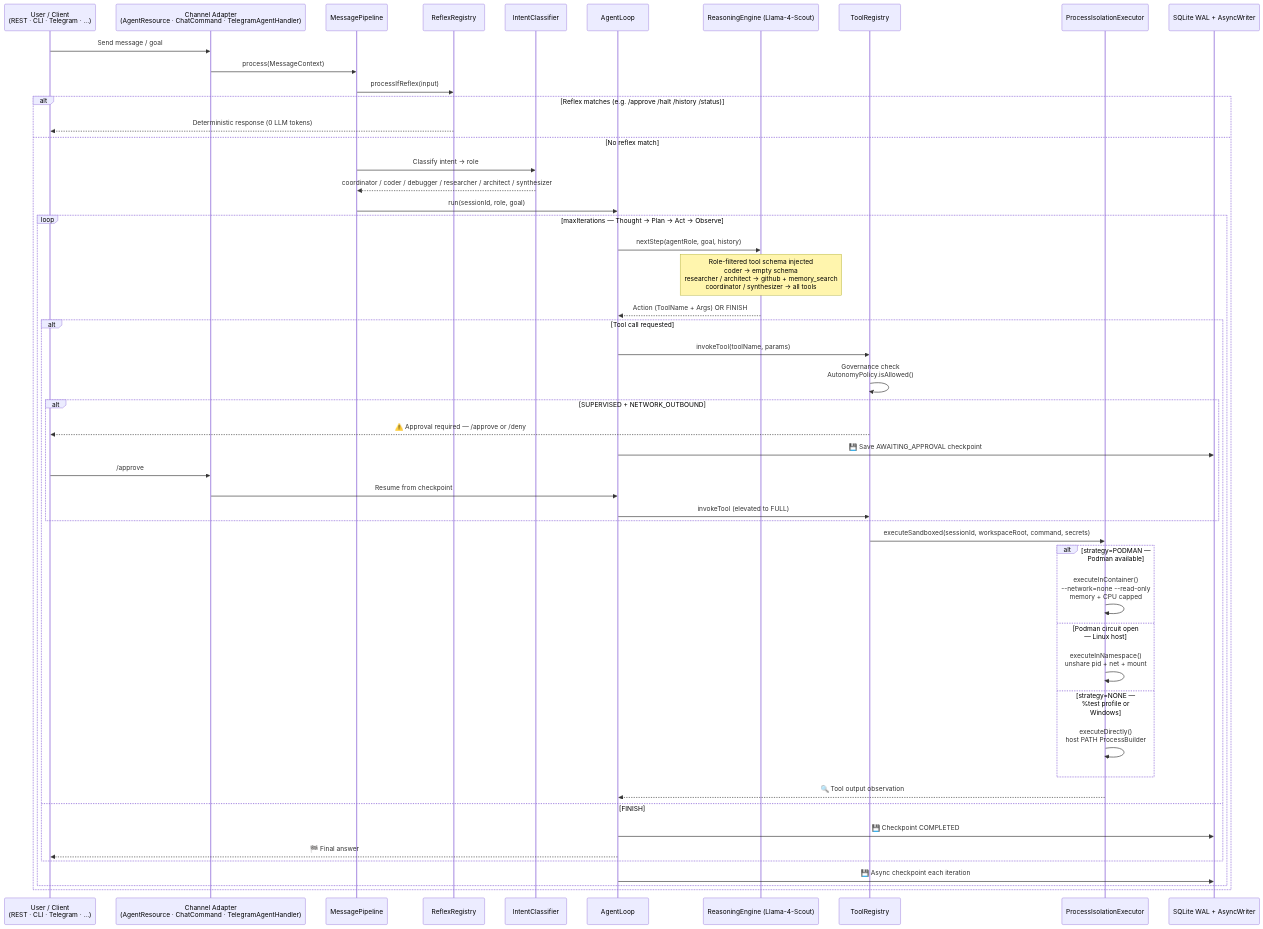
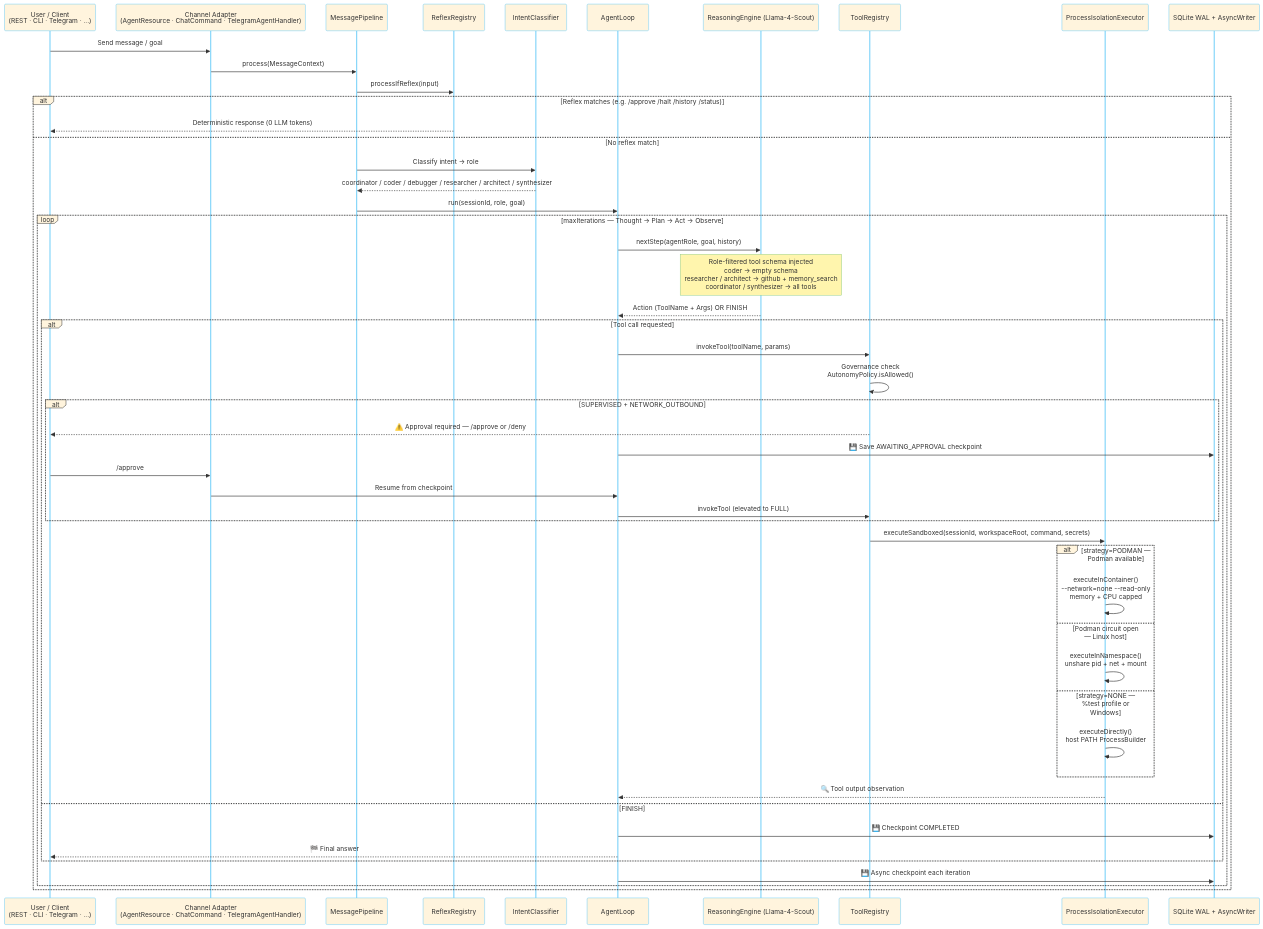
The third of 8 diagrams in README.md (rsrini7/AmshaAgent), drawn with Mermaid before and after one commit. The commit also changed other lines of this file, not shown here.

Commit message:
docs: simplify mermaid diagram theme variable definitions

````diff
--- a/README.md
+++ b/README.md
@@ -235,61 +228,62 @@
 ```mermaid
+%%{init: {'theme': 'base', 'themeVariables': {'primaryBorderColor': '#4fc3f7', 'lineColor': '#4fc3f7', 'activationBorderColor': '#4fc3f7', 'actorBorder': '#4fc3f7', 'actorLineColor': '#4fc3f7','labelBoxBorderColor': '#0b0c0cff', 'noteBorderColor': '#81c784', 'fontSize': '13px'}}}%%
 sequenceDiagram
     participant U as User / Client<br/>(REST · CLI · Telegram · ...)
     participant CH as Channel Adapter<br/>(AgentResource · ChatCommand · TelegramAgentHandler)
     participant PP as MessagePipeline
     participant RR as ReflexRegistry
     participant IC as IntentClassifier
     participant AL as AgentLoop
     participant LLM as ReasoningEngine (Llama-4-Scout)
     participant TR as ToolRegistry
     participant PIE as ProcessIsolationExecutor
     participant DB as SQLite WAL + AsyncWriter
 
     U->>CH: Send message / goal
     CH->>PP: process(MessageContext)
 
     PP->>RR: processIfReflex(input)
     alt Reflex matches (e.g. /approve /halt /history /status)
         RR-->>U: Deterministic response (0 LLM tokens)
     else No reflex match
         PP->>IC: Classify intent → role
         IC-->>PP: coordinator / coder / debugger / researcher / architect / synthesizer
         PP->>AL: run(sessionId, role, goal)
 
         loop maxIterations — Thought → Plan → Act → Observe
             AL->>LLM: nextStep(agentRole, goal, history)
             Note over LLM: Role-filtered tool schema injected<br/>coder → empty schema<br/>researcher / architect → github + memory_search<br/>coordinator / synthesizer → all tools
             LLM-->>AL: Action (ToolName + Args) OR FINISH
 
             alt Tool call requested
                 AL->>TR: invokeTool(toolName, params)
                 TR->>TR: Governance check<br/>AutonomyPolicy.isAllowed()
 
                 alt SUPERVISED + NETWORK_OUTBOUND
                     TR-->>U: ⚠️ Approval required — /approve or /deny
                     AL->>DB: 💾 Save AWAITING_APPROVAL checkpoint
                     U->>CH: /approve
                     CH->>AL: Resume from checkpoint
                     AL->>TR: invokeTool (elevated to FULL)
                 end
 
                 TR->>PIE: executeSandboxed(sessionId, workspaceRoot, command, secrets)
 
                 alt strategy=PODMAN — Podman available
                     PIE->>PIE: executeInContainer()<br/>--network=none --read-only<br/>memory + CPU capped
                 else Podman circuit open — Linux host
                     PIE->>PIE: executeInNamespace()<br/>unshare pid + net + mount
                 else strategy=NONE — %test profile or Windows
                     PIE->>PIE: executeDirectly()<br/>host PATH ProcessBuilder
                 end
 
                 PIE-->>AL: 🔍 Tool output observation
             else FINISH
                 AL->>DB: 💾 Checkpoint COMPLETED
                 AL-->>U: 🏁 Final answer
             end
 
             AL->>DB: 💾 Async checkpoint each iteration
         end
     end
 ```
````
